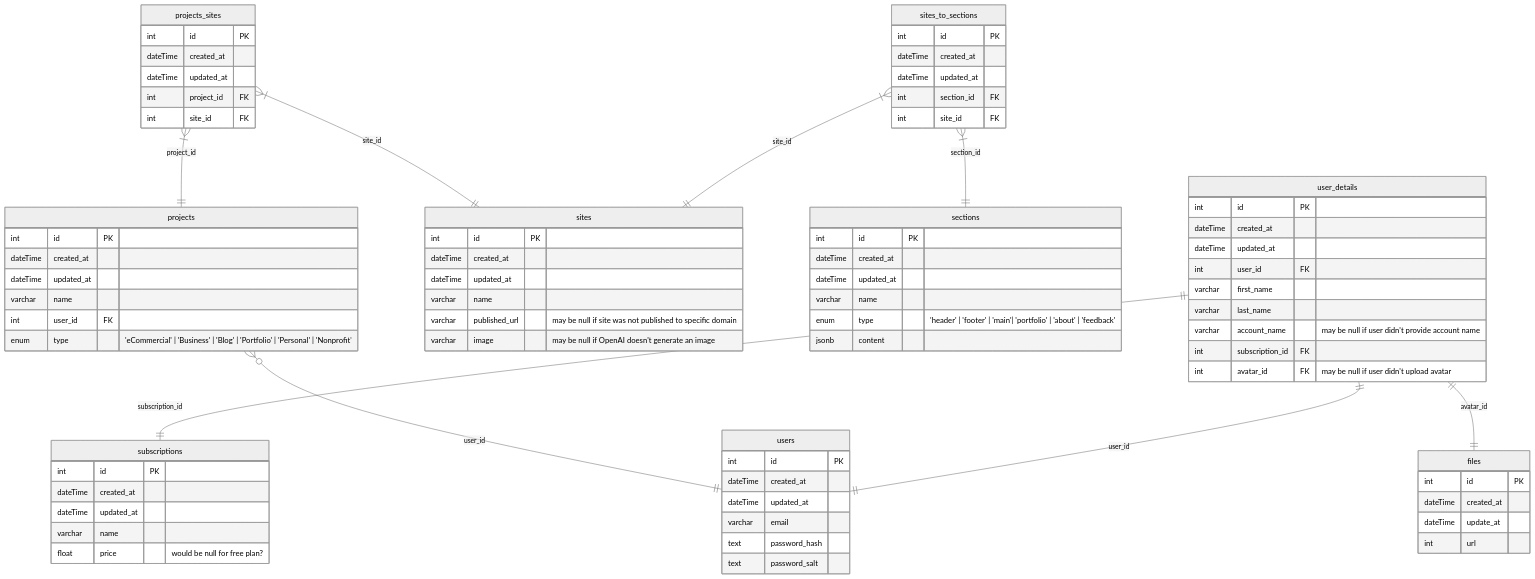
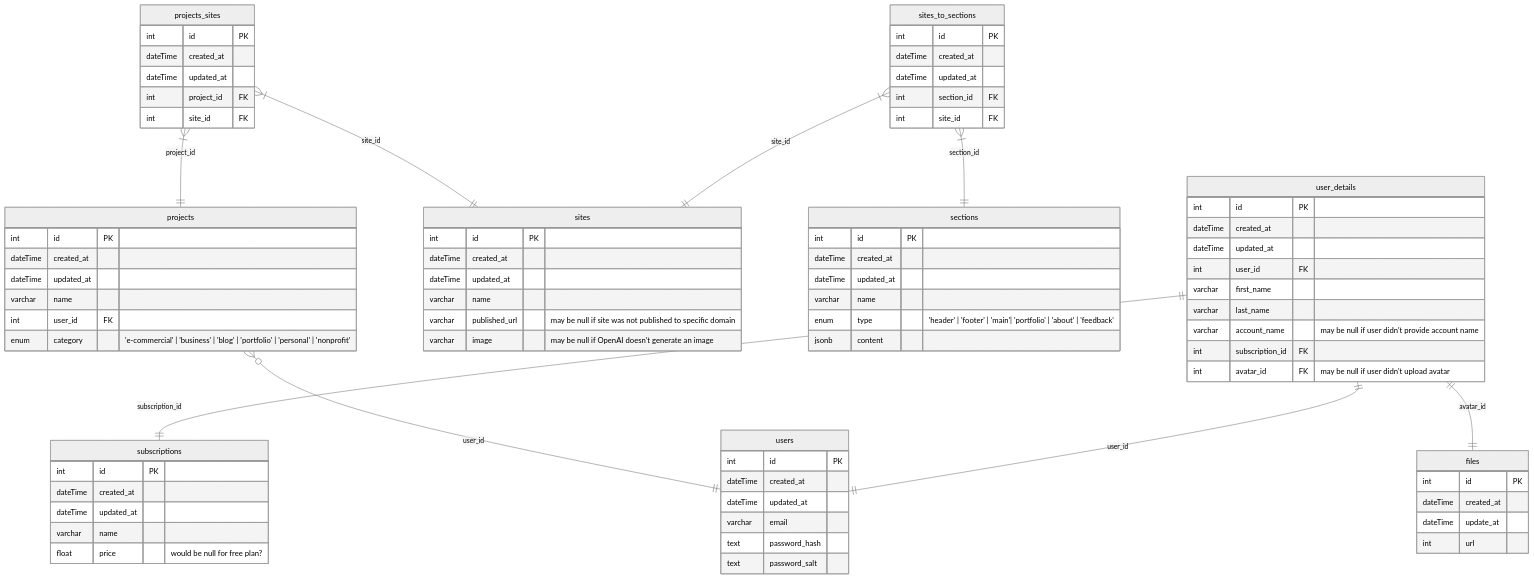
The diagram in readme.md (BinaryStudioAcademy/bsa-winter-2022-2023-simpleland), drawn with Mermaid (neutral theme) before and after one commit.

Commit message:
sl-143: * projects enum in er diagram

```diff
--- a/readme.md
+++ b/readme.md
@@ -103,7 +103,7 @@
     dateTime updated_at
     varchar name
     int user_id FK
-    enum type "'eCommercial' | 'Business' | 'Blog' | 'Portfolio' | 'Personal' | 'Nonprofit'"
+    enum category "'e-commercial' | 'business' | 'blog' | 'portfolio' | 'personal' | 'nonprofit'"
   }
 
   projects_sites }|--|| projects : project_id
```
